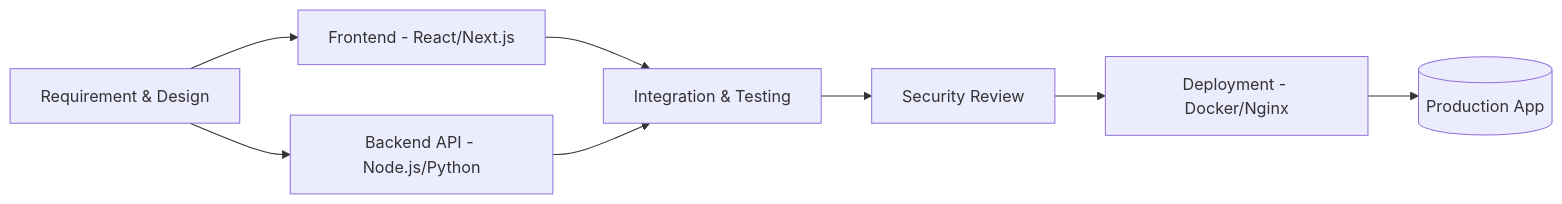
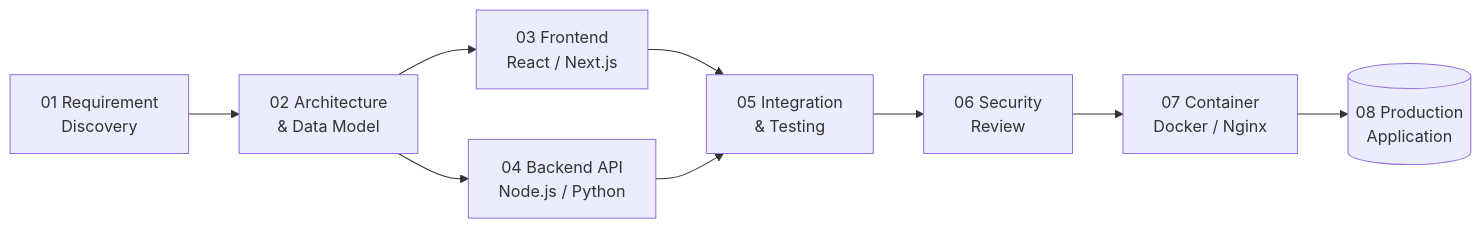
One commit to rendikaangesti/rendikaangesti changed the diagram in README.md. Above: the diagram before and after it, drawn with Mermaid. The commit also changed other lines of this file, not shown here.

````diff
--- a/README.md
+++ b/README.md
@@ -160,10 +278,11 @@
 ```mermaid
 flowchart LR
-    A[Requirement & Design] --> B[Frontend - React/Next.js]
-    A --> C[Backend API - Node.js/Python]
-    B --> D[Integration & Testing]
-    C --> D
-    D --> E[Security Review]
-    E --> F[Deployment - Docker/Nginx]
-    F --> G[(Production App)]
+    A["01 Requirement<br/>Discovery"] --> B["02 Architecture<br/>& Data Model"]
+    B --> C["03 Frontend<br/>React / Next.js"]
+    B --> D["04 Backend API<br/>Node.js / Python"]
+    C --> E["05 Integration<br/>& Testing"]
+    D --> E
+    E --> F["06 Security<br/>Review"]
+    F --> G["07 Container<br/>Docker / Nginx"]
+    G --> H[("08 Production<br/>Application")]
 ```
````
